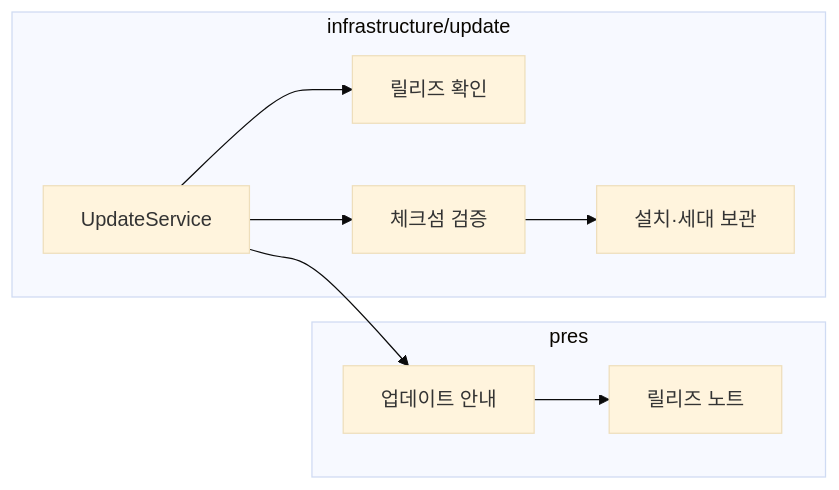
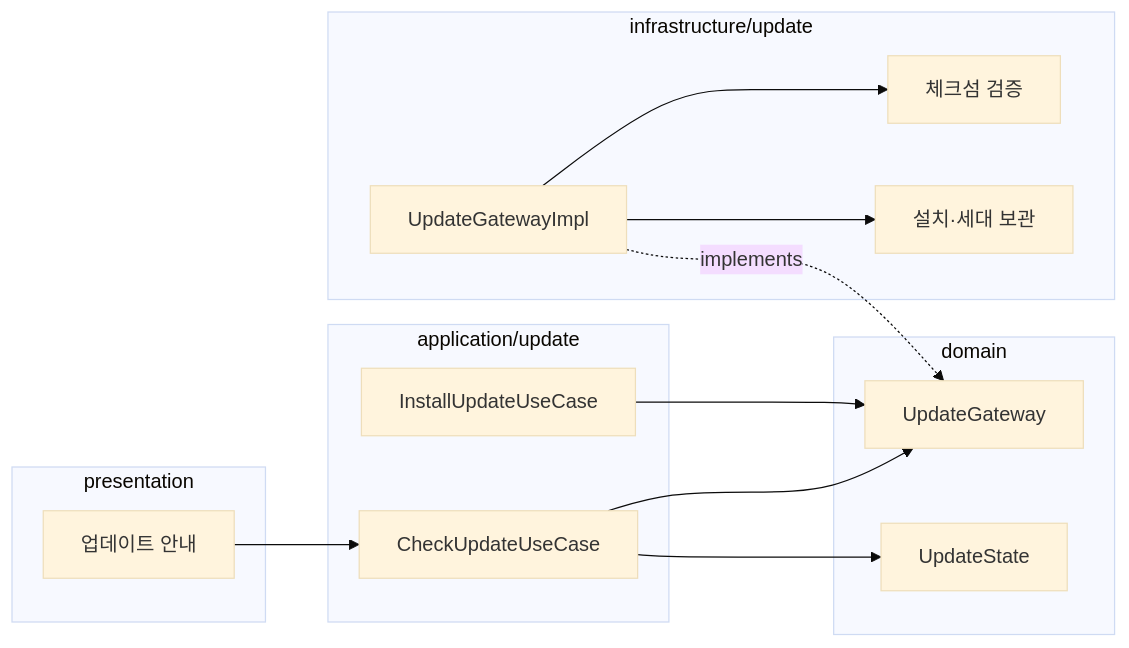
Before and after one commit to biuea3866/gitkraken-clone-app: the second of 2 diagrams in tickets/UND-48-auto-update.md, drawn with Mermaid (base theme). The commit also changed other lines of this file and 26 other files, not shown here.

````diff
--- a/tickets/UND-48-auto-update.md
+++ b/tickets/UND-48-auto-update.md
@@ -55,18 +59,26 @@
 ```mermaid
 flowchart LR
-    subgraph update["infrastructure/update"]
-        Svc[UpdateService]
-        Check[릴리즈 확인]
+    subgraph domain
+        Gateway[UpdateGateway]
+        State[UpdateState]
+    end
+    subgraph app["application/update"]
+        CheckUC[CheckUpdateUseCase]
+        InstallUC[InstallUpdateUseCase]
+    end
+    subgraph infra["infrastructure/update"]
+        Impl[UpdateGatewayImpl]
         Verify[체크섬 검증]
         Install[설치·세대 보관]
     end
-    subgraph pres
+    subgraph pres["presentation"]
         Notice[업데이트 안내]
-        Notes[릴리즈 노트]
     end
-    Svc --> Check
-    Svc --> Verify
-    Verify --> Install
-    Svc --> Notice
-    Notice --> Notes
+    CheckUC --> Gateway
+    InstallUC --> Gateway
+    CheckUC --> State
+    Impl -.->|implements| Gateway
+    Impl --> Verify
+    Impl --> Install
+    Notice --> CheckUC
 ```
````
